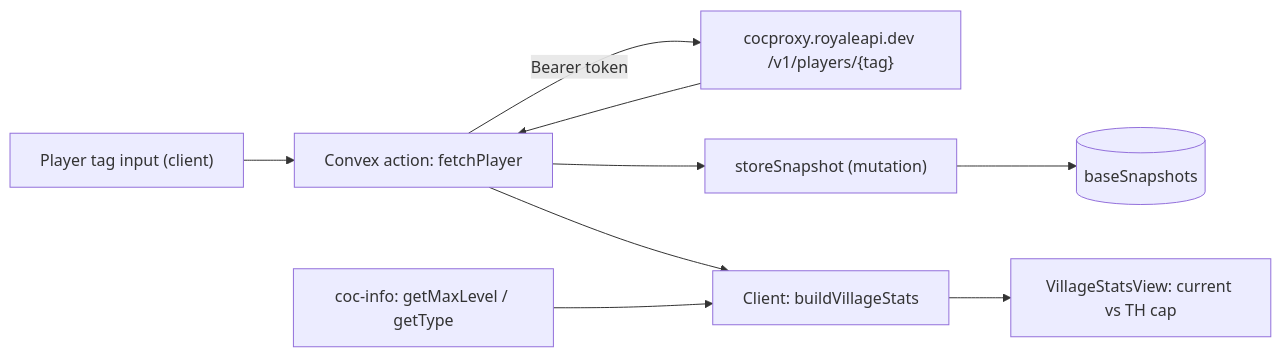
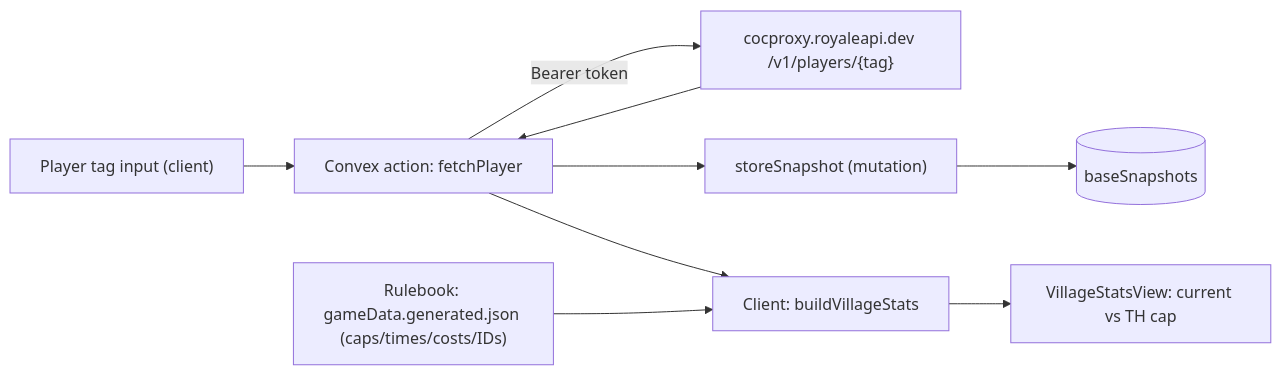
The diagram in docs/ARCHITECTURE.md (bbeaudet-dev/clash-of-clans-planner), drawn with Mermaid before and after one commit. The commit also changed other lines of this file and 2 other files, not shown here.

First line of the commit message:
docs: update rulebook data source and expand ideas backlog

````diff
--- a/docs/ARCHITECTURE.md
+++ b/docs/ARCHITECTURE.md
@@ -14,11 +16,11 @@
 ```mermaid
 flowchart LR
   tag["Player tag input (client)"] --> action["Convex action: fetchPlayer"]
   action -->|"Bearer token"| proxy["cocproxy.royaleapi.dev /v1/players/{tag}"]
   proxy --> action
   action --> mut["storeSnapshot (mutation)"]
   mut --> db[("baseSnapshots")]
   action --> client["Client: buildVillageStats"]
-  cocinfo["coc-info: getMaxLevel / getType"] --> client
+  rulebook["Rulebook: gameData.generated.json (caps/times/costs/IDs)"] --> client
   client --> view["VillageStatsView: current vs TH cap"]
 ```
````
